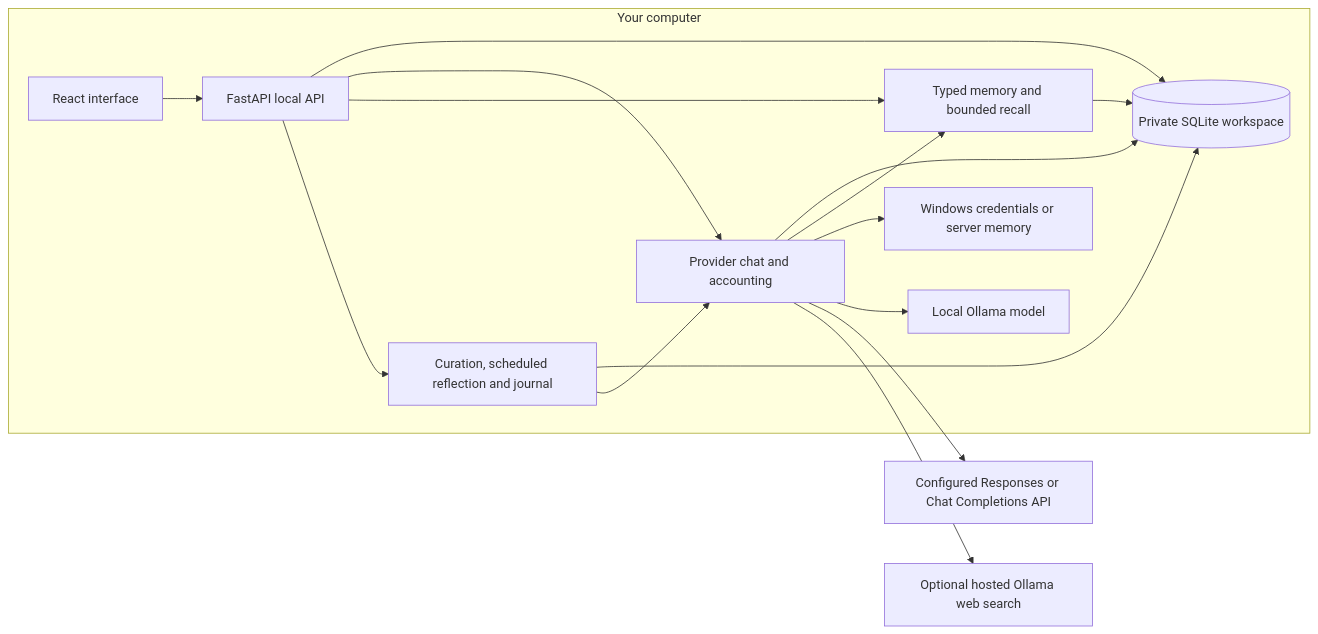
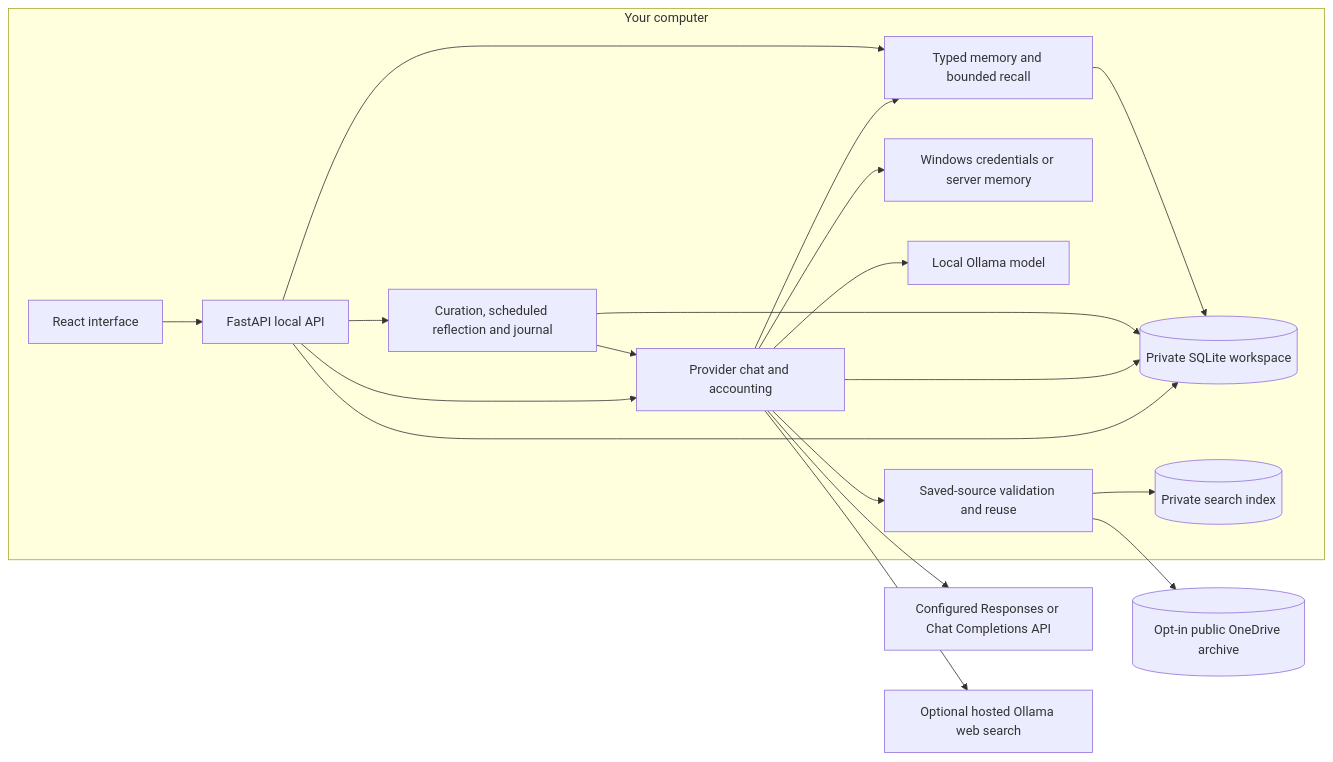
Before and after one commit to erikmalm/maestro: the diagram in docs/ARCHITECTURE.md, drawn with Mermaid. The commit also changed other lines of this file and 37 other files, not shown here.

Commit message:
feat: archive search evidence and harden source routing

````diff
--- a/docs/ARCHITECTURE.md
+++ b/docs/ARCHITECTURE.md
@@ -9,27 +9,32 @@
 ```mermaid
 flowchart LR
     subgraph Computer[Your computer]
         UI[React interface]
         API[FastAPI local API]
         Chat[Provider chat and accounting]
         Memory[Typed memory and bounded recall]
         Reflection[Curation, scheduled reflection and journal]
         DB[(Private SQLite workspace)]
         Keys[Windows credentials or server memory]
         Ollama[Local Ollama model]
+        Context[Saved-source validation and reuse]
+        Index[(Private search index)]
         UI --> API
         API --> DB
         API --> Chat
         Chat --> DB
         Chat --> Memory
         API --> Memory
         API --> Reflection
         Reflection --> DB
         Reflection --> Chat
         Memory --> DB
         Chat --> Keys
         Chat --> Ollama
+        Chat --> Context
+        Context --> Index
     end
+    Context --> Archive[(Opt-in public OneDrive archive)]
     Chat --> Remote[Configured Responses or Chat Completions API]
     Chat --> Search[Optional hosted Ollama web search]
 ```
````
